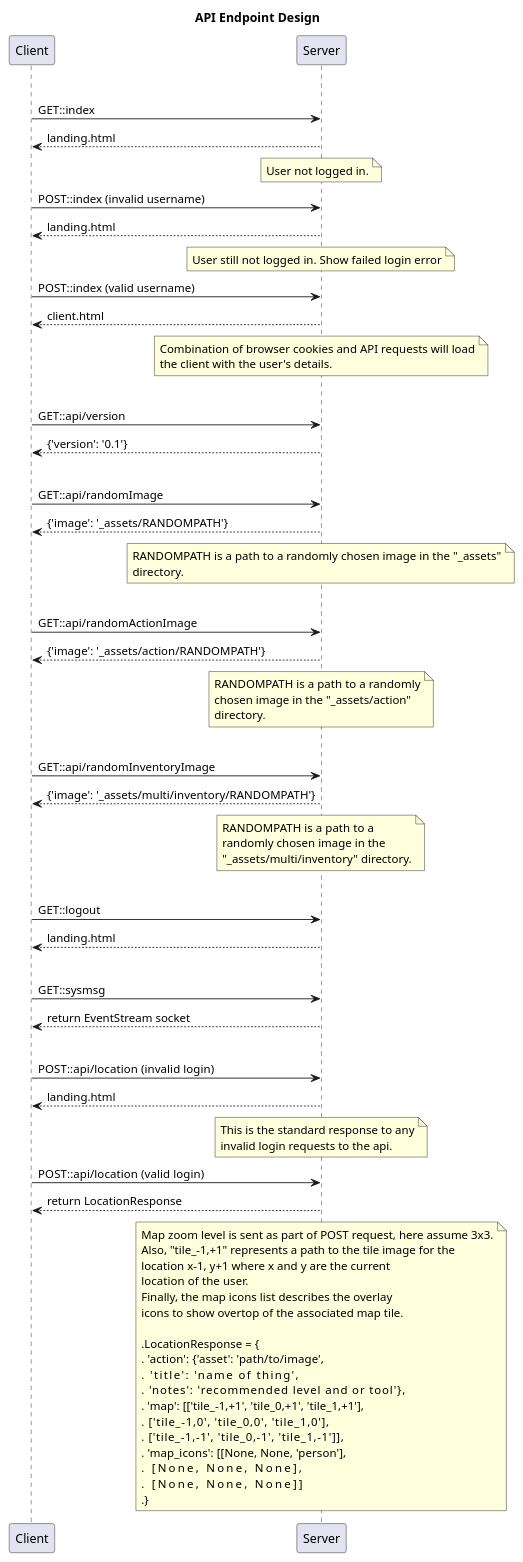
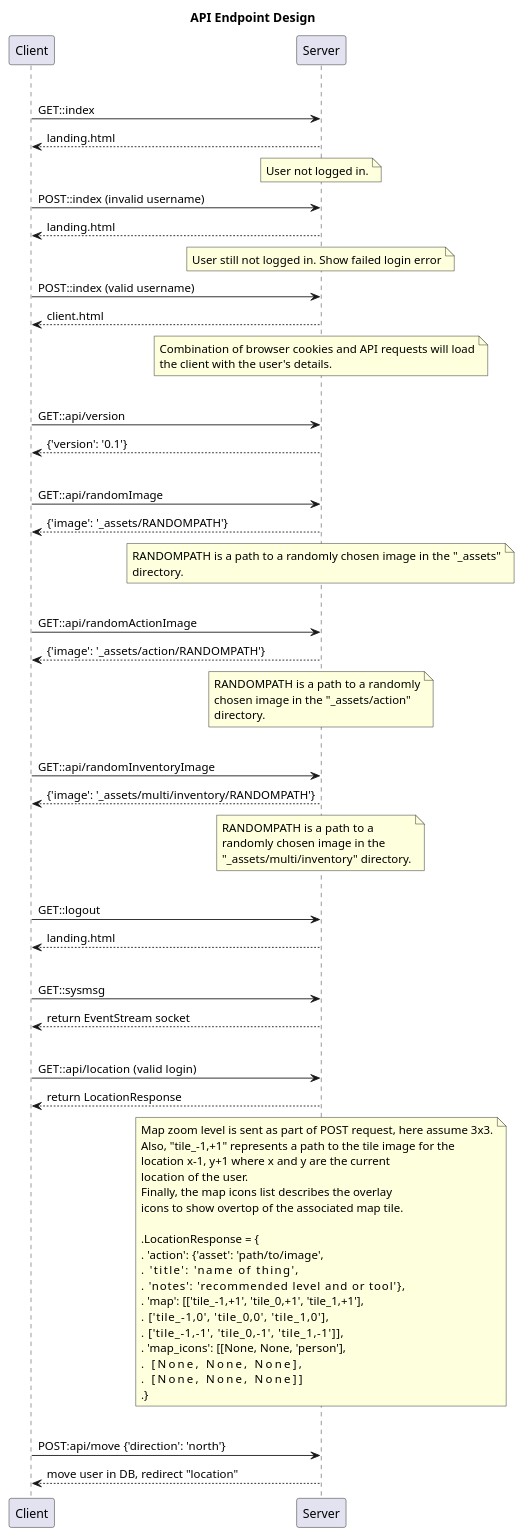
The diagram in src/docs/dev/api_design.puml (fretboardfreak/gridrealm), drawn with PlantUML before and after one commit.

Commit message:
docs: add api/move to api_design.puml

```diff
--- a/src/docs/dev/api_design.puml
+++ b/src/docs/dev/api_design.puml
@@ -1,98 +1,96 @@
 @startuml
 
 title API Endpoint Design
 
 group index
 
     Client -> Server: GET::index
     Server --> Client: landing.html
     note over Server: User not logged in.
 
     Client -> Server: POST::index (invalid username)
     Server --> Client: landing.html
     note over Server: User still not logged in. Show failed login error
 
     Client -> Server: POST::index (valid username)
     Server --> Client: client.html
     note over Server
         Combination of browser cookies and API requests will load
         the client with the user's details.
     end note
 
 group version
 
     Client -> Server: GET::api/version
     Server --> Client: {'version': '0.1'}
 
-group randomImage
+group randomImage (login required)
 
     Client -> Server: GET::api/randomImage
     Server --> Client: {'image': '_assets/RANDOMPATH'}
     note over Server
         RANDOMPATH is a path to a randomly chosen image in the "_assets"
         directory.
     end note
 
-group randomActionImage
+group randomActionImage (login required)
 
     Client -> Server: GET::api/randomActionImage
     Server --> Client: {'image': '_assets/action/RANDOMPATH'}
     note over Server
         RANDOMPATH is a path to a randomly
         chosen image in the "_assets/action"
         directory.
     end note
 
-group randomInventoryImage
+group randomInventoryImage (login required)
 
     Client -> Server: GET::api/randomInventoryImage
     Server --> Client: {'image': '_assets/multi/inventory/RANDOMPATH'}
     note over Server
         RANDOMPATH is a path to a
         randomly chosen image in the
         "_assets/multi/inventory" directory.
     end note
 
 group logout
 
     Client -> Server: GET::logout
     Server --> Client: landing.html
 
 group sysmsg
 
     Client -> Server: GET::sysmsg
     Server --> Client: return EventStream socket
 
-group location
+group location (login required)
 
-    Client -> Server: POST::api/location  (invalid login)
-    Server --> Client: landing.html
-    note over Server
-        This is the standard response to any
-        invalid login requests to the api.
-    end note
-
-    Client -> Server: POST::api/location  (valid login)
+    Client -> Server: GET::api/location  (valid login)
     Server --> Client: return LocationResponse
     note over Server
         Map zoom level is sent as part of POST request, here assume 3x3.
         Also, "tile_-1,+1" represents a path to the tile image for the
         location x-1, y+1 where x and y are the current
         location of the user.
         Finally, the map icons list describes the overlay
         icons to show overtop of the associated map tile.
 
         .LocationResponse = {
         .  'action': {'asset': 'path/to/image',
         .             'title': 'name of thing',
         .             'notes': 'recommended level and or tool'},
         .  'map': [['tile_-1,+1', 'tile_0,+1', 'tile_1,+1'],
         .          ['tile_-1,0', 'tile_0,0', 'tile_1,0'],
         .          ['tile_-1,-1', 'tile_0,-1', 'tile_1,-1']],
         .  'map_icons': [[None, None, 'person'],
         .                [None, None, None],
         .                [None, None, None]]
         .}
     end note
 
+group move (login required)
+
+    Client -> Server: POST:api/move {'direction': 'north'}
+    Server --> Client: move user in DB, redirect "location"
+
 @enduml
```
